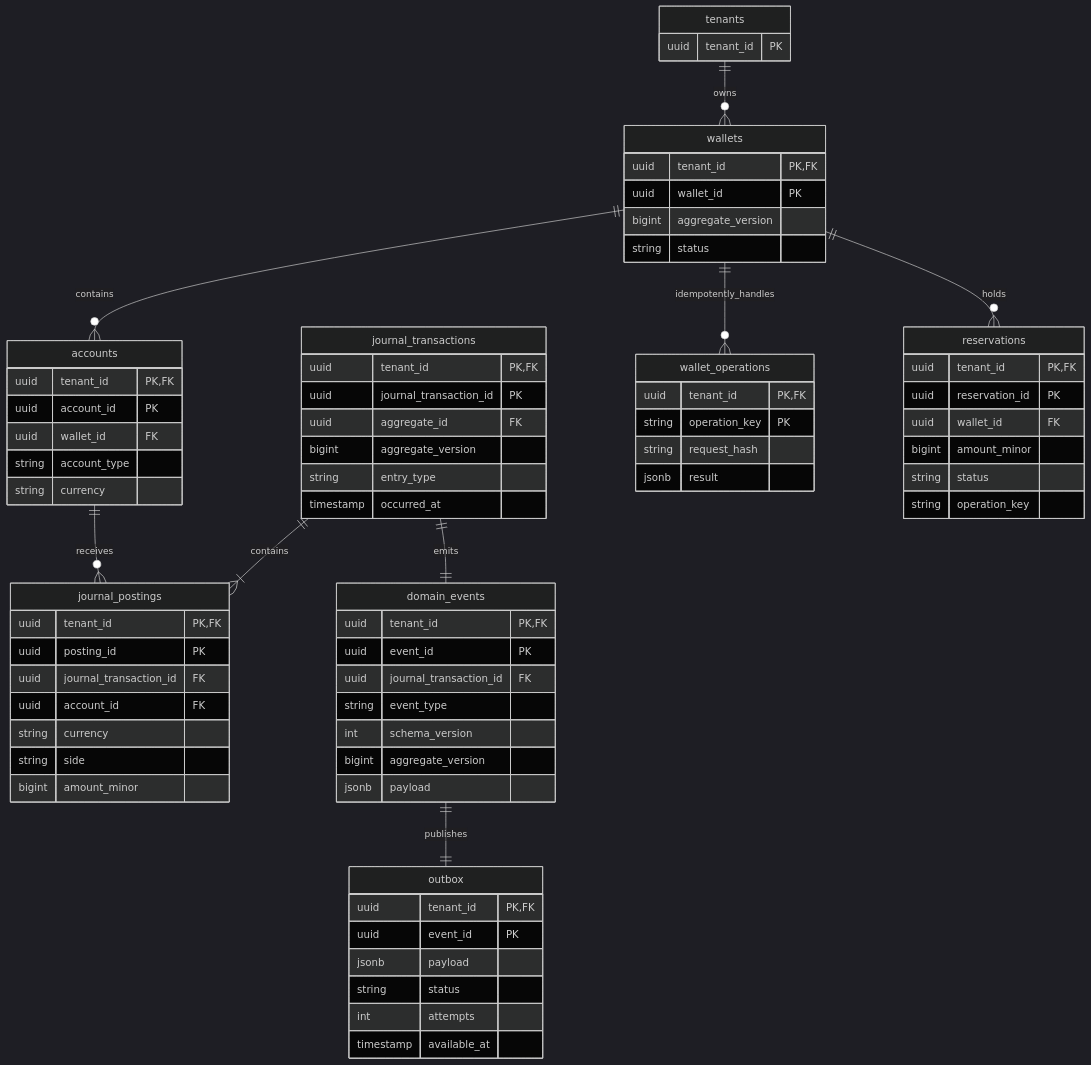
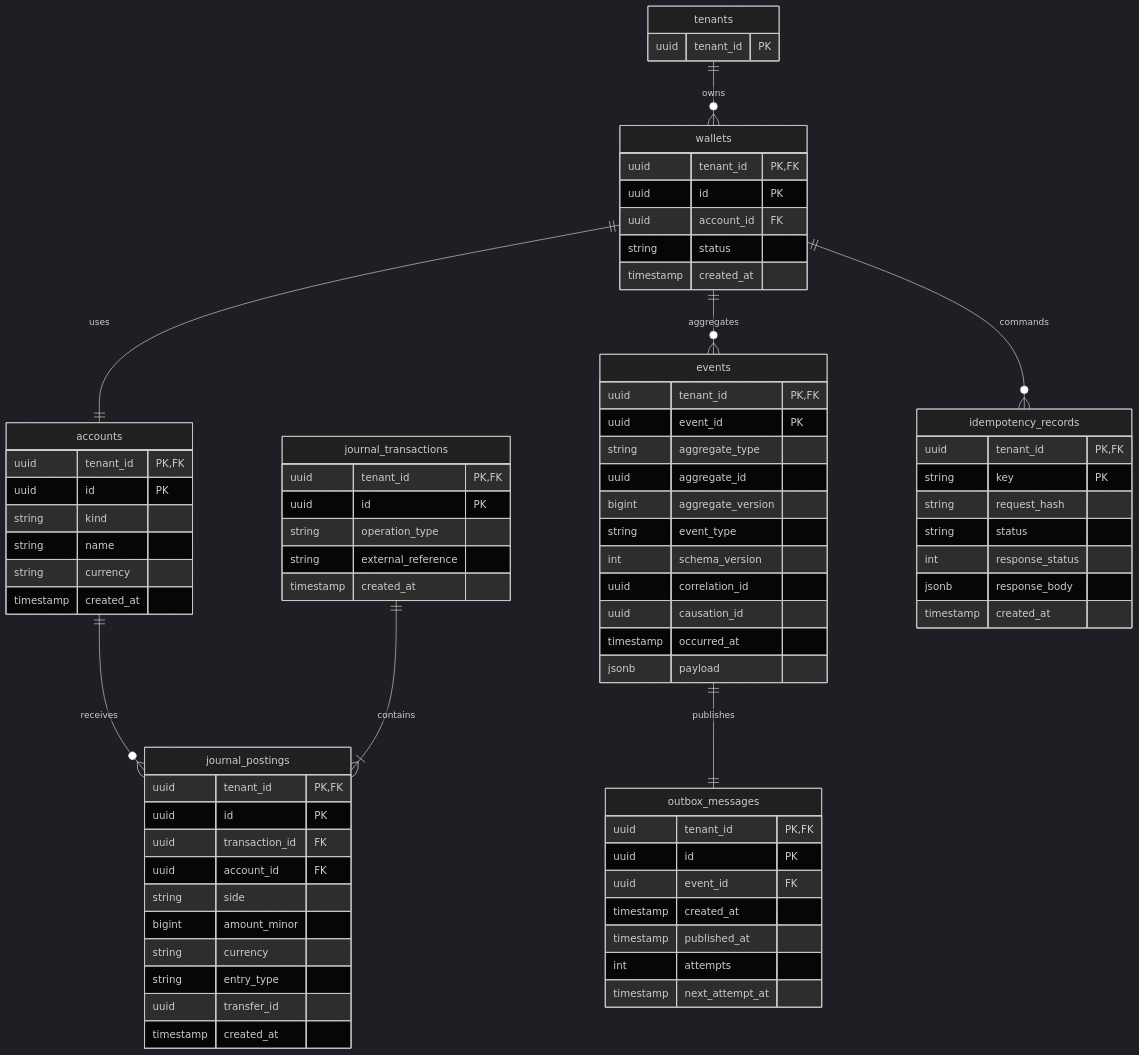
The first of 4 diagrams in docs/data-model.md (prajexec/Wallet), drawn with Mermaid (dark theme) before and after one commit. The commit also changed other lines of this file and 7 other files, not shown here.

````diff
--- a/docs/data-model.md
+++ b/docs/data-model.md
@@ -7,76 +7,79 @@
 ```mermaid
 erDiagram
     tenants ||--o{ wallets : owns
-    wallets ||--o{ accounts : contains
+    wallets ||--|| accounts : uses
     accounts ||--o{ journal_postings : receives
     journal_transactions ||--|{ journal_postings : contains
-    wallets ||--o{ wallet_operations : idempotently_handles
-    journal_transactions ||--|| domain_events : emits
-    domain_events ||--|| outbox : publishes
-    wallets ||--o{ reservations : holds
+    wallets ||--o{ events : aggregates
+    events ||--|| outbox_messages : publishes
+    wallets ||--o{ idempotency_records : commands
 
     tenants {
         uuid tenant_id PK
     }
     wallets {
         uuid tenant_id PK,FK
-        uuid wallet_id PK
-        bigint aggregate_version
+        uuid id PK
+        uuid account_id FK
         string status
+        timestamp created_at
     }
     accounts {
         uuid tenant_id PK,FK
-        uuid account_id PK
-        uuid wallet_id FK
-        string account_type
+        uuid id PK
+        string kind
+        string name
         string currency
+        timestamp created_at
     }
     journal_transactions {
         uuid tenant_id PK,FK
-        uuid journal_transaction_id PK
-        uuid aggregate_id FK
-        bigint aggregate_version
-        string entry_type
-        timestamp occurred_at
+        uuid id PK
+        string operation_type
+        string external_reference
+        timestamp created_at
     }
     journal_postings {
         uuid tenant_id PK,FK
-        uuid posting_id PK
-        uuid journal_transaction_id FK
+        uuid id PK
+        uuid transaction_id FK
         uuid account_id FK
-        string currency
         string side
         bigint amount_minor
+        string currency
+        string entry_type
+        uuid transfer_id
+        timestamp created_at
     }
-    domain_events {
+    events {
         uuid tenant_id PK,FK
         uuid event_id PK
-        uuid journal_transaction_id FK
+        string aggregate_type
+        uuid aggregate_id
+        bigint aggregate_version
         string event_type
         int schema_version
-        bigint aggregate_version
+        uuid correlation_id
+        uuid causation_id
+        timestamp occurred_at
         jsonb payload
     }
-    outbox {
+    outbox_messages {
         uuid tenant_id PK,FK
-        uuid event_id PK
-        jsonb payload
+        uuid id PK
+        uuid event_id FK
+        timestamp created_at
+        timestamp published_at
+        int attempts
+        timestamp next_attempt_at
+    }
+    idempotency_records {
+        uuid tenant_id PK,FK
+        string key PK
+        string request_hash
         string status
-        int attempts
-        timestamp available_at
-    }
-    wallet_operations {
-        uuid tenant_id PK,FK
-        string operation_key PK
-        string request_hash
-        jsonb result
-    }
-    reservations {
-        uuid tenant_id PK,FK
-        uuid reservation_id PK
-        uuid wallet_id FK
-        bigint amount_minor
-        string status
-        string operation_key
+        int response_status
+        jsonb response_body
+        timestamp created_at
     }
 ```
````
